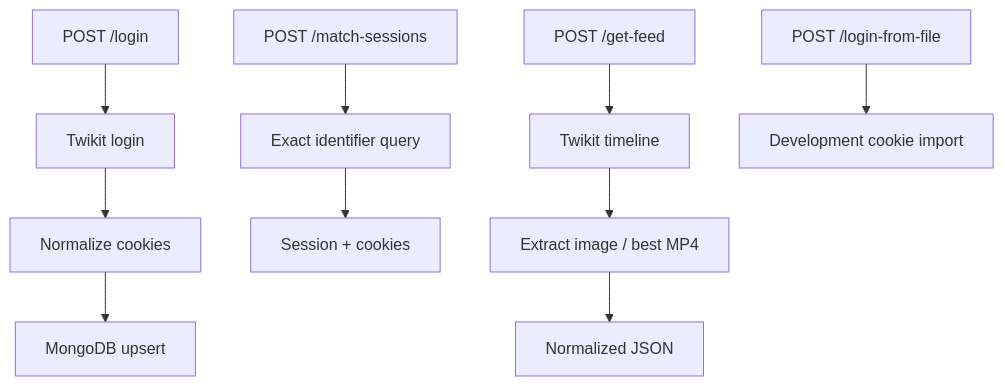
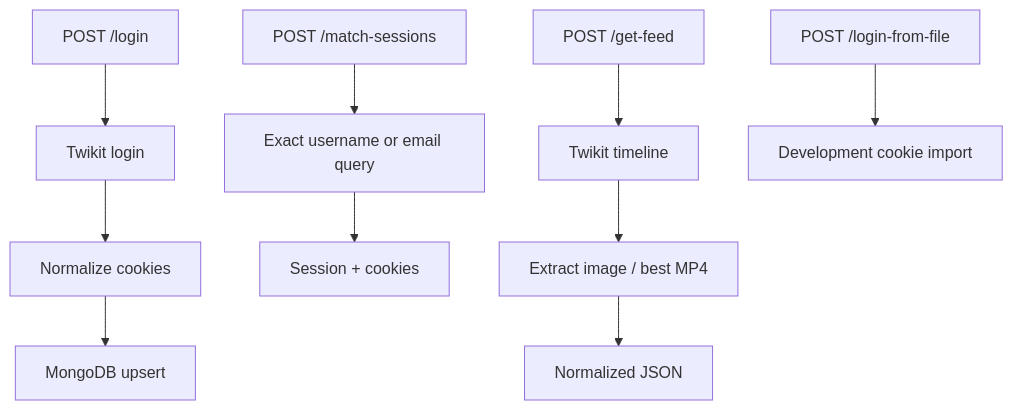
The fourth of 6 diagrams in docs/architecture.md (SidheshwarSarangal/X_feed_extension), drawn with Mermaid before and after one commit. The commit also changed other lines of this file and 4 other files, not shown here.

````diff
--- a/docs/architecture.md
+++ b/docs/architecture.md
@@ -102,16 +104,16 @@
 ```mermaid
 flowchart TB
     Login[POST /login] --> TwikitLogin[Twikit login]
     TwikitLogin --> Normalize[Normalize cookies]
     Normalize --> Upsert[MongoDB upsert]
 
-    Match[POST /match-sessions] --> Query[Exact identifier query]
+    Match[POST /match-sessions] --> Query[Exact username or email query]
     Query --> Result[Session + cookies]
 
     Get[POST /get-feed] --> Timeline[Twikit timeline]
     Timeline --> Media[Extract image / best MP4]
     Media --> JSON[Normalized JSON]
 
     File[POST /login-from-file] --> Import[Development cookie import]
 
 ```
````
